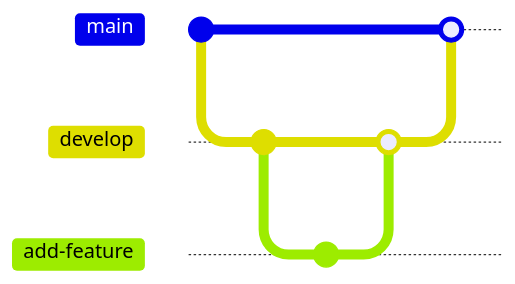
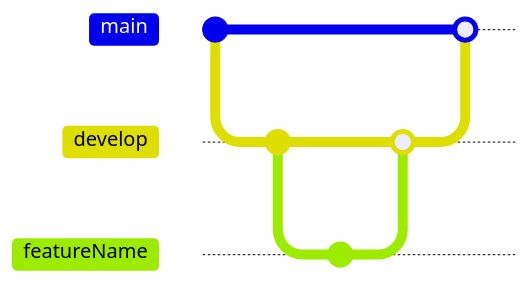
One commit to ivylikethevine/ivylikethevine changed the second of 2 diagrams in content/projects/site-devops/index.md. Above: the diagram before and after it, drawn with Mermaid. The commit also changed other lines of this file and 23 other files, not shown here. Commit ids are hidden.

```diff
--- a/content/projects/site-devops/index.md
+++ b/content/projects/site-devops/index.md
@@ -183,15 +188,15 @@
 {{< mermaid >}}
 gitGraph
     commit
     branch develop
     checkout develop
     commit
-    branch add-feature
-    checkout add-feature
+    branch featureName
+    checkout featureName
     commit
     checkout develop
-    merge add-feature
+    merge featureName
     checkout main
     merge develop
     checkout develop
 {{< /mermaid >}}
```
